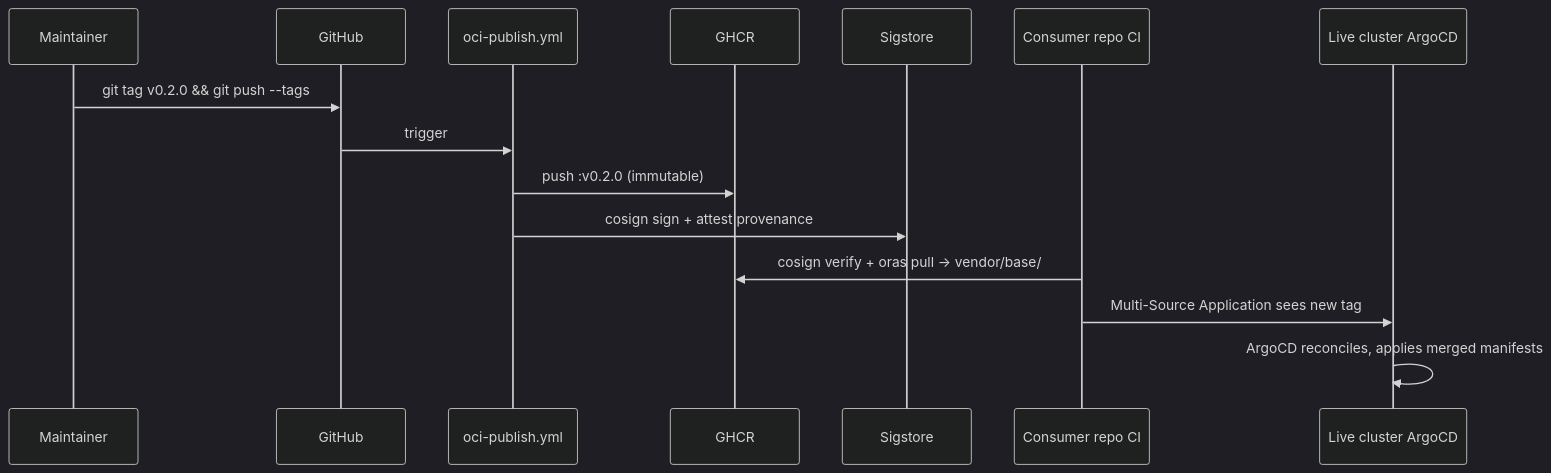
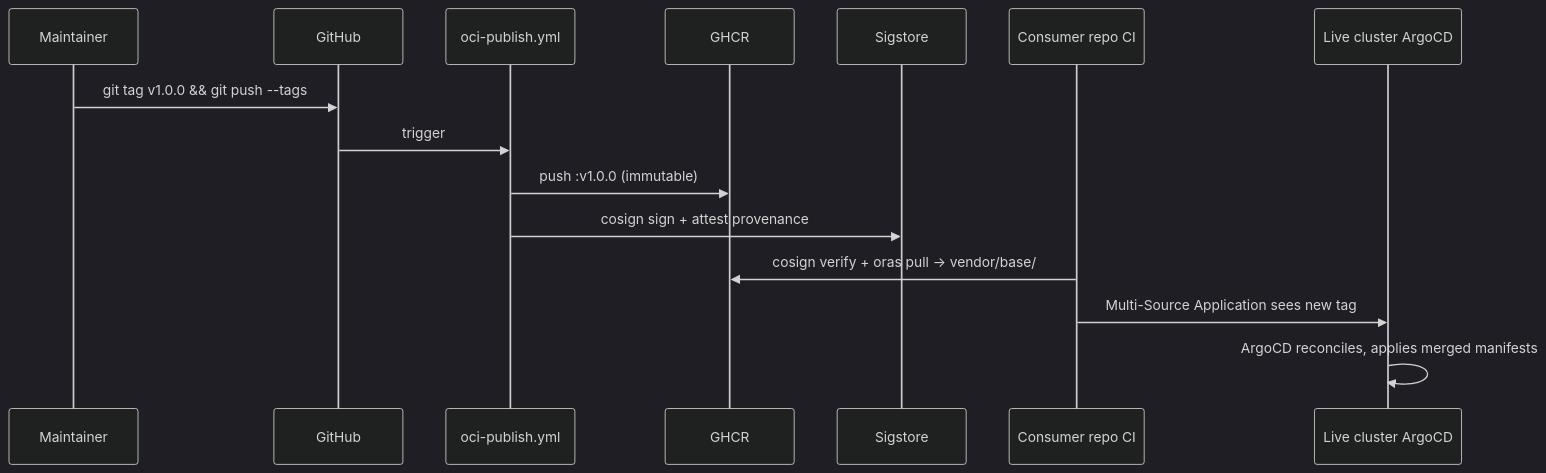
One commit to Nosmoht/talos-platform-base changed the third of 4 diagrams in ARCHITECTURE.md. Above: the diagram before and after it, drawn with Mermaid (dark theme). The commit also changed other lines of this file and 2 other files, not shown here.

First paragraph of the commit message:
docs: sync README + day-zero + ARCHITECTURE to v1.0.0 substrate (#112)
* docs: sync README + day-zero + ARCHITECTURE to v1.0.0 substrate

````diff
--- a/ARCHITECTURE.md
+++ b/ARCHITECTURE.md
@@ -190,18 +190,18 @@
 ```mermaid
 sequenceDiagram
   participant Maintainer
   participant GitHub
   participant CI as oci-publish.yml
   participant GHCR
   participant Sigstore
   participant Consumer as Consumer repo CI
   participant Cluster as Live cluster ArgoCD
 
-  Maintainer->>GitHub: git tag v0.2.0 && git push --tags
+  Maintainer->>GitHub: git tag v1.0.0 && git push --tags
   GitHub->>CI: trigger
-  CI->>GHCR: push :v0.2.0 (immutable)
+  CI->>GHCR: push :v1.0.0 (immutable)
   CI->>Sigstore: cosign sign + attest provenance
   Consumer->>GHCR: cosign verify + oras pull → vendor/base/
   Consumer->>Cluster: Multi-Source Application sees new tag
   Cluster->>Cluster: ArgoCD reconciles, applies merged manifests
 ```
````
